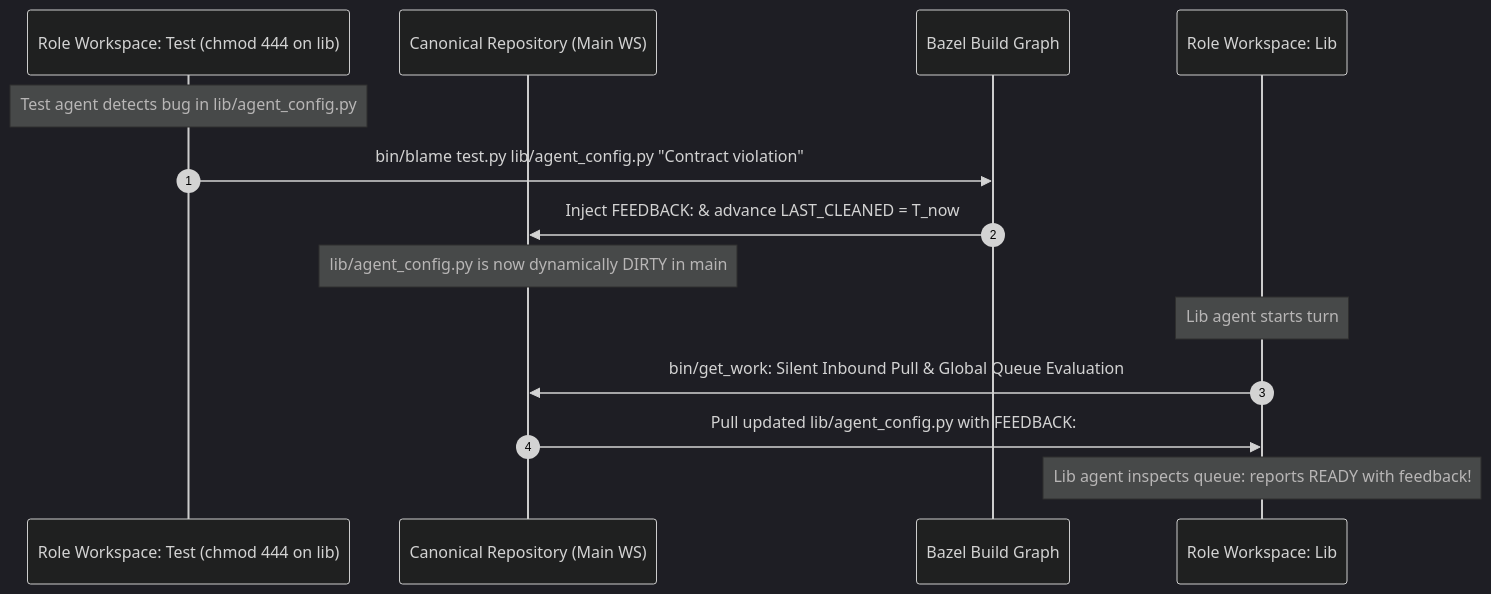
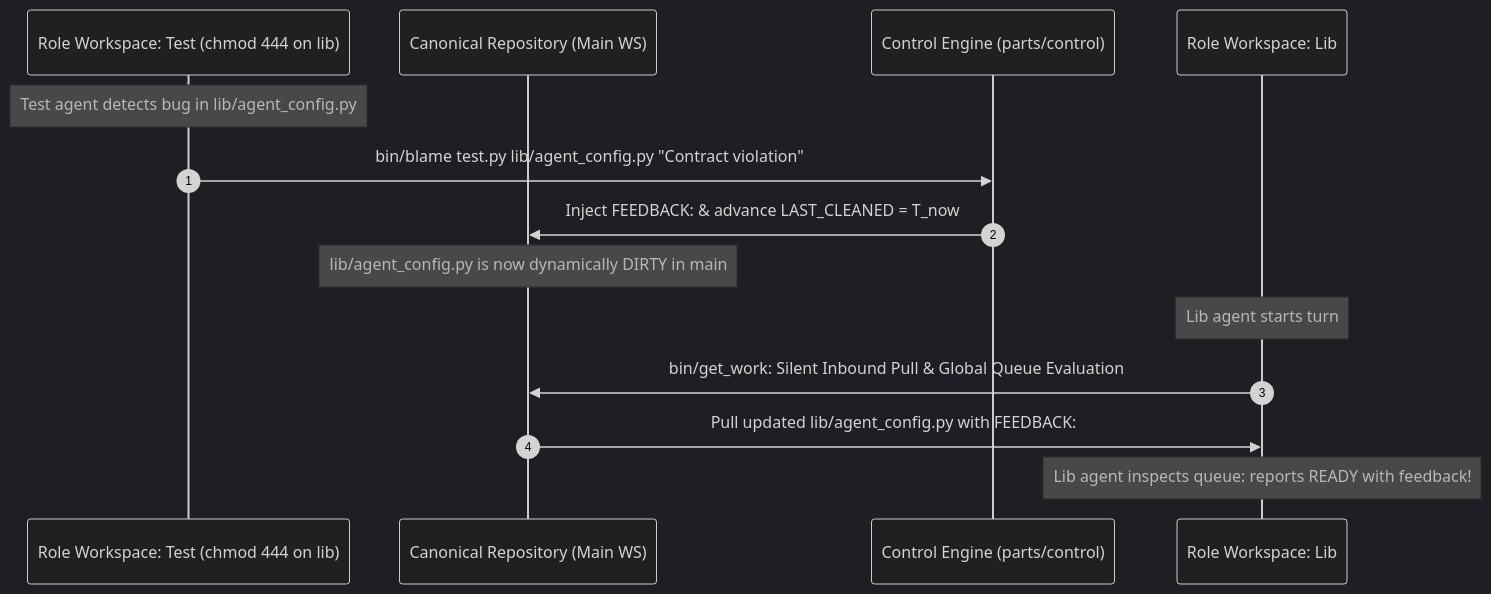
One commit to mcdirmid/cleanroom changed the third of 4 diagrams in design-docs/in_band_source_metadata.md. Above: the diagram before and after it, drawn with Mermaid (dark theme). The commit also changed other lines of this file and 622 other files, not shown here.

````diff
--- a/design-docs/in_band_source_metadata.md
+++ b/design-docs/in_band_source_metadata.md
@@ -425,18 +421,18 @@
 ```mermaid
 sequenceDiagram
     autonumber
     participant TestWS as Role Workspace: Test (chmod 444 on lib)
     participant CanonRepo as Canonical Repository (Main WS)
-    participant Bazel as Bazel Build Graph
+    participant Control as Control Engine (parts/control)
     participant LibWS as Role Workspace: Lib
 
     Note over TestWS: Test agent detects bug in lib/agent_config.py
-    TestWS->>Bazel: bin/blame test.py lib/agent_config.py "Contract violation"
-    Bazel->>CanonRepo: Inject FEEDBACK: & advance LAST_CLEANED = T_now
+    TestWS->>Control: bin/blame test.py lib/agent_config.py "Contract violation"
+    Control->>CanonRepo: Inject FEEDBACK: & advance LAST_CLEANED = T_now
     Note over CanonRepo: lib/agent_config.py is now dynamically DIRTY in main
 
     Note over LibWS: Lib agent starts turn
     LibWS->>CanonRepo: bin/get_work: Silent Inbound Pull & Global Queue Evaluation
     CanonRepo->>LibWS: Pull updated lib/agent_config.py with FEEDBACK:
     Note over LibWS: Lib agent inspects queue: reports READY with feedback!
 ```
````
